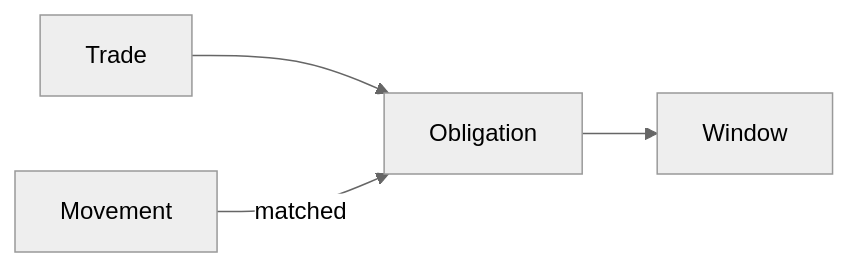
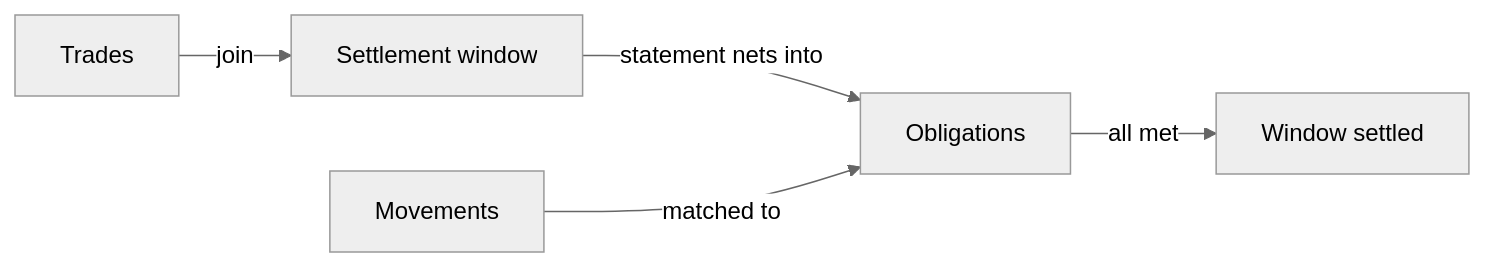
Before and after one commit to TetraFi/docs: the diagram in trade/settlement-and-credit.mdx, drawn with Mermaid (neutral theme). The commit also changed other lines of this file and 1 other file, not shown here.

Commit message:
docs(guides): credit and settlement retold short, with a correct settlement chart (trades join a window, its statement nets them into obligations, movements are matched; 346 visible words, was 443)

````diff
--- a/trade/settlement-and-credit.mdx
+++ b/trade/settlement-and-credit.mdx
@@ -33,6 +26,7 @@
 ```mermaid
 flowchart LR
-  T[Trade] --> O[Obligation]
-  O --> W[Window]
-  M[Movement] -- matched --> O
+  T[Trades] -->|join| W[Settlement window]
+  W -->|statement nets into| O[Obligations]
+  M[Movements] -->|matched to| O
+  O -->|all met| S[Window settled]
 ```
````
